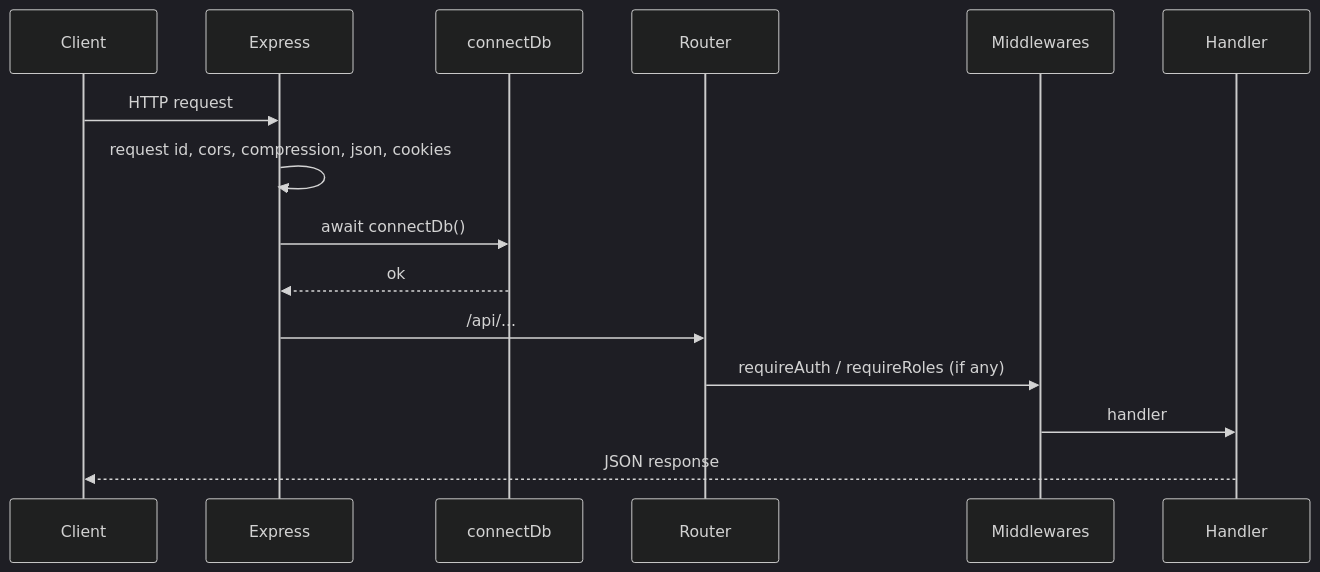
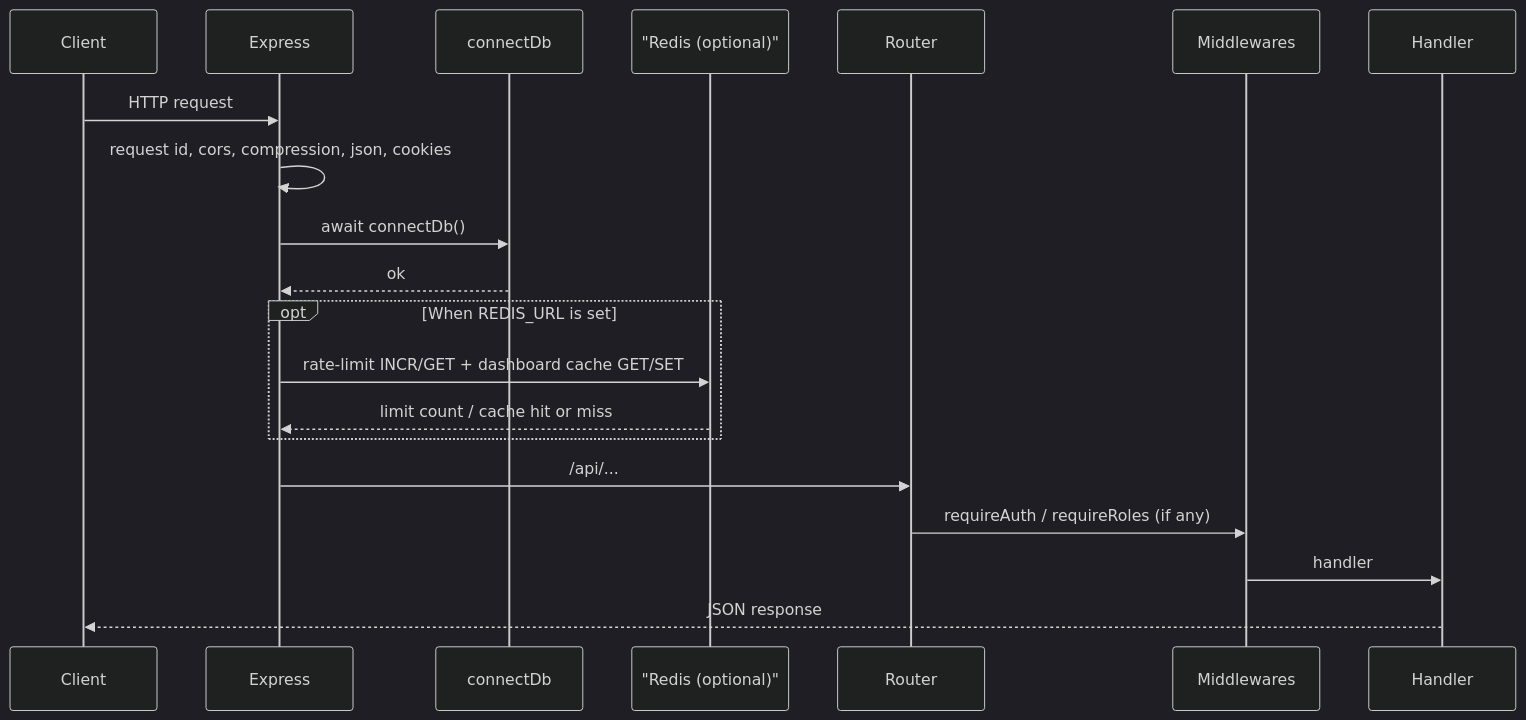
Before and after one commit to harsh-85293/Finance-Data-Processing-and-Access-Control-Backend: the second of 4 diagrams in docs/system-design.md, drawn with Mermaid (dark theme). The commit also changed other lines of this file and 1 other file, not shown here.

Commit message:
docs: show Redis as lifeline in sequence diagram (§5.2)
- Add optional Redis participant and opt block for rate-limit/cache
- Rename Router to Rou to avoid symbol clash; sync note points to code
- README references §4.1 and §5.2 diagrams including Redis

Made-with: Cursor

````diff
--- a/docs/system-design.md
+++ b/docs/system-design.md
@@ -153,18 +153,23 @@
 ```mermaid
 sequenceDiagram
   participant C as Client
   participant E as Express
   participant DB as connectDb
-  participant R as Router
+  participant Redis as "Redis (optional)"
+  participant Rou as Router
   participant M as Middlewares
   participant H as Handler
 
   C->>E: HTTP request
   E->>E: request id, cors, compression, json, cookies
   E->>DB: await connectDb()
   DB-->>E: ok
-  E->>R: /api/...
-  R->>M: requireAuth / requireRoles (if any)
+  opt When REDIS_URL is set
+    E->>Redis: rate-limit INCR/GET + dashboard cache GET/SET
+    Redis-->>E: limit count / cache hit or miss
+  end
+  E->>Rou: /api/...
+  Rou->>M: requireAuth / requireRoles (if any)
   M->>H: handler
   H-->>C: JSON response
 ```
````
